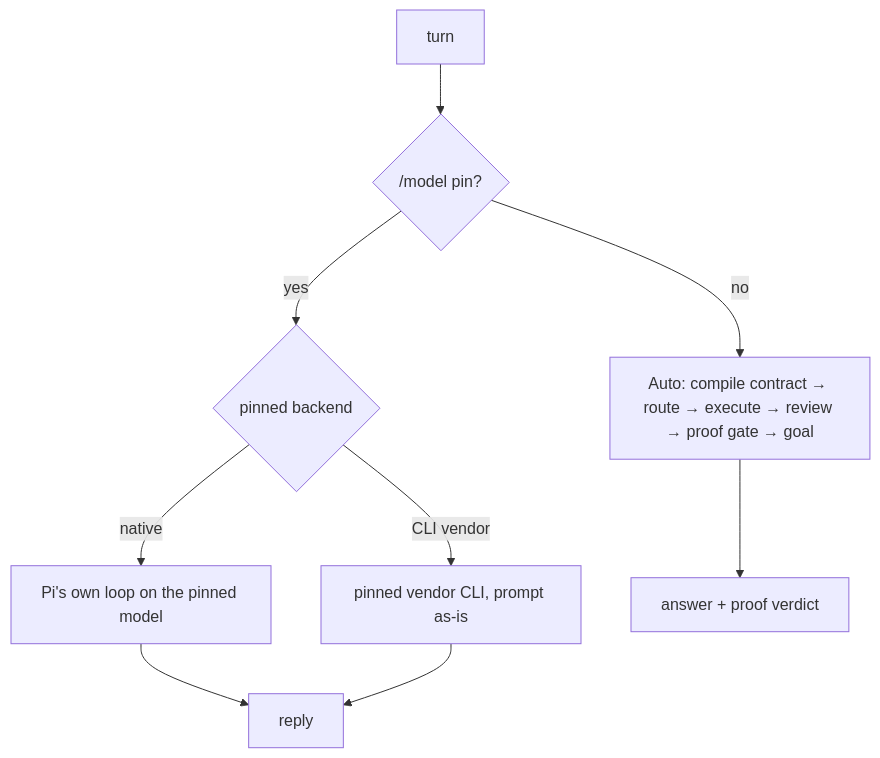
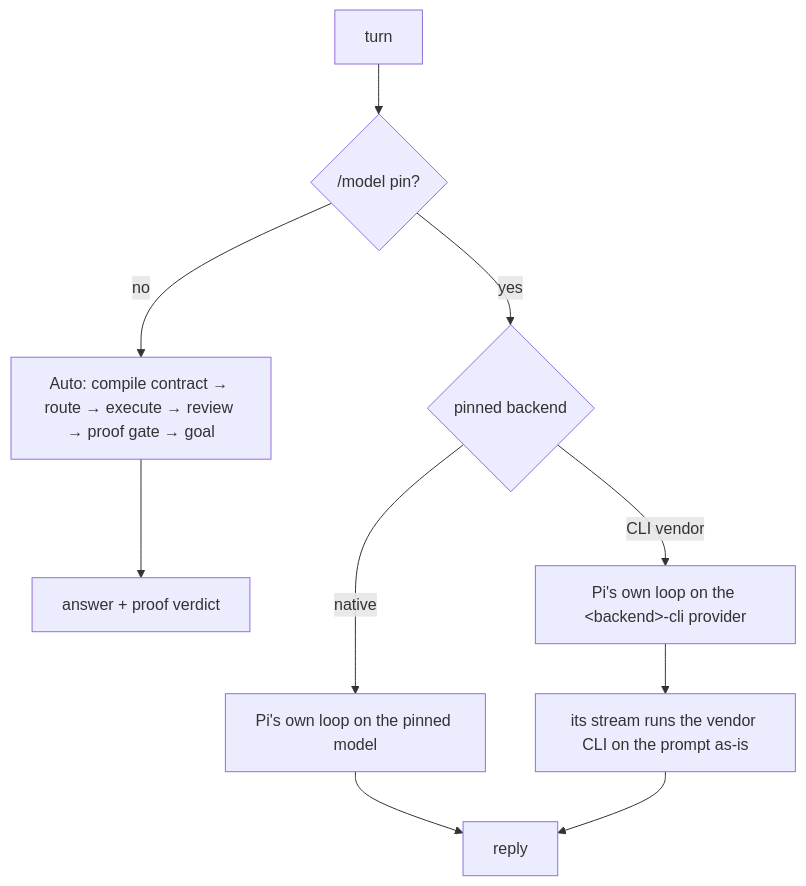
One commit to jonit-dev/lean-pi changed the first of 2 diagrams in docs/systems/model-modes.md. Above: the diagram before and after it, drawn with Mermaid. The commit also changed other lines of this file and 14 other files, not shown here.

First line of the commit message:
fix(model): a CLI pin runs through Pi's own loop (PRD-051)

````diff
--- a/docs/systems/model-modes.md
+++ b/docs/systems/model-modes.md
@@ -23,11 +24,12 @@
 ```mermaid
 flowchart TD
     T[turn] --> P{"/model pin?"}
     P -- no --> A[Auto: compile contract → route → execute → review → proof gate → goal]
     P -- yes --> K{pinned backend}
     K -- native --> N["Pi's own loop on the pinned model"]
-    K -- CLI vendor --> C[pinned vendor CLI, prompt as-is]
+    K -- CLI vendor --> N2["Pi's own loop on the &lt;backend&gt;-cli provider"]
+    N2 --> C[its stream runs the vendor CLI on the prompt as-is]
     N --> R[reply]
     C --> R
     A --> V[answer + proof verdict]
 ```
````
